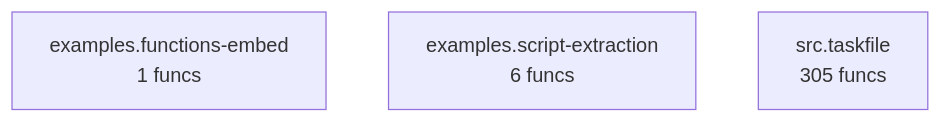
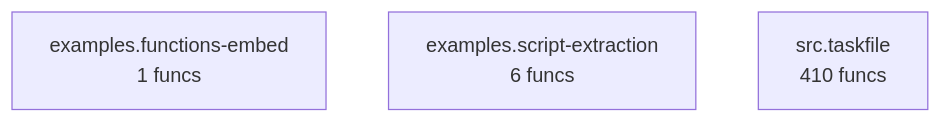
The diagram in project/compact_flow.mmd (pyfunc/taskfile), drawn with Mermaid before and after one commit. The commit also changed 25 other files, not shown here.

```diff
--- a/project/compact_flow.mmd
+++ b/project/compact_flow.mmd
@@ -1,4 +1,4 @@
 flowchart TD
     examples_functions_embed["examples.functions-embed<br/>1 funcs"]
     examples_script_extraction["examples.script-extraction<br/>6 funcs"]
-    src_taskfile["src.taskfile<br/>305 funcs"]
+    src_taskfile["src.taskfile<br/>410 funcs"]
```
